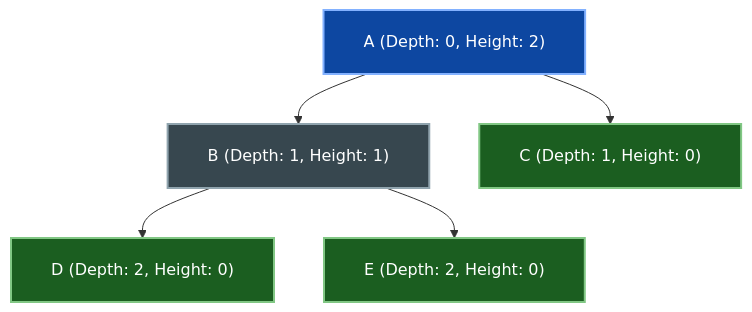
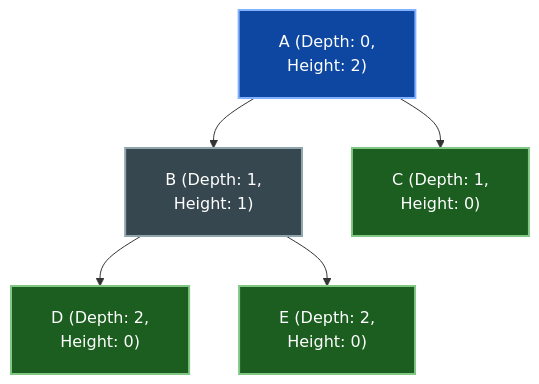
The fourth of 25 diagrams in week_07_trees_and_balanced_search_trees/Week_07_Visual_Concepts_Playbook_HYBRID.md (dip4k/DSA_102), drawn with Mermaid before and after one commit. The commit also changed other lines of this file and 106 other files, not shown here.

First line of the commit message:
fix(mermaid): prevent text clipping with foreignObject overflow and tighter line wrapping

````diff
--- a/week_07_trees_and_balanced_search_trees/Week_07_Visual_Concepts_Playbook_HYBRID.md
+++ b/week_07_trees_and_balanced_search_trees/Week_07_Visual_Concepts_Playbook_HYBRID.md
@@ -168,18 +168,18 @@
 ```mermaid
-%%{init: {"flowchart": {"htmlLabels": true, "padding": 20}}}%%
+%%{init: {"flowchart": {"htmlLabels": true, "padding": 20}, "themeCSS": "foreignObject { overflow: visible !important; }"}}%%
 flowchart TD
-    A["A (Depth: 0, Height: 2)"]:::rootNode
-    B["B (Depth: 1, Height: 1)"]:::internalNode
-    C["C (Depth: 1, Height: 0)"]:::leafNode
-    D["D (Depth: 2, Height: 0)"]:::leafNode
-    E["E (Depth: 2, Height: 0)"]:::leafNode
+    A["A (Depth: 0,<br/>Height: 2)"]:::rootNode
+    B["B (Depth: 1,<br/>Height: 1)"]:::internalNode
+    C["C (Depth: 1,<br/>Height: 0)"]:::leafNode
+    D["D (Depth: 2,<br/>Height: 0)"]:::leafNode
+    E["E (Depth: 2,<br/>Height: 0)"]:::leafNode
 
     A --> B
     A --> C
     B --> D
     B --> E
 
     classDef rootNode fill:#0d47a1,stroke:#82b1ff,stroke-width:2px,color:#ffffff
     classDef internalNode fill:#37474f,stroke:#90a4ae,stroke-width:2px,color:#ffffff
     classDef leafNode fill:#1b5e20,stroke:#81c784,stroke-width:2px,color:#ffffff
 ```
````
